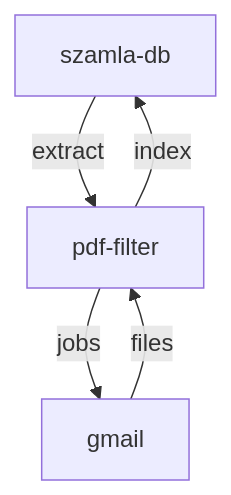
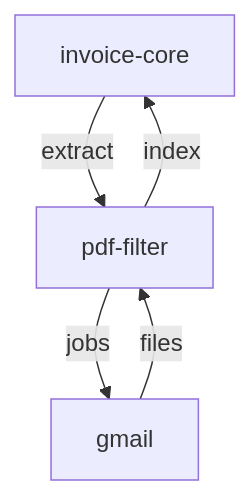
Before and after one commit to graphtrek/tiro: the diagram in moneypenny/attachment-downloader-spec.md, drawn with Mermaid. The commit also changed other lines of this file and 16 other files, not shown here.

Commit message:
rename szamla-db with invoice-core

````diff
--- a/moneypenny/attachment-downloader-spec.md
+++ b/moneypenny/attachment-downloader-spec.md
@@ -77,7 +77,7 @@
 ```mermaid
 flowchart TD
-    SD[szamla-db] -->|extract| IFF[pdf-filter]
+    SD[invoice-core] -->|extract| IFF[pdf-filter]
     IFF -->|jobs| AD[gmail]
     AD -->|files| IFF
     IFF -->|index| SD
 ```
````
